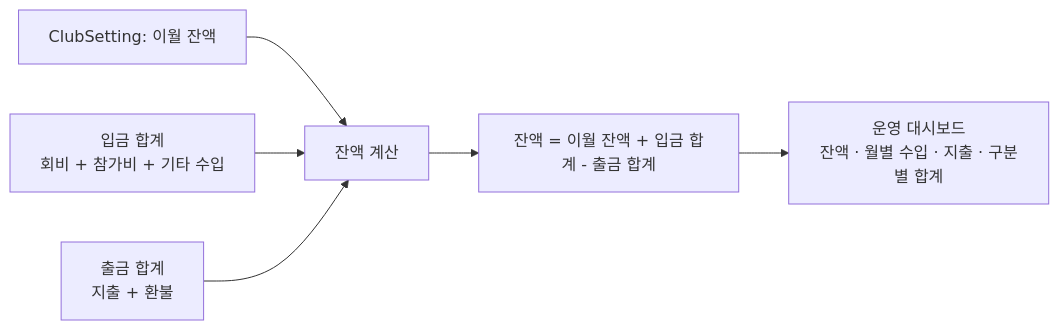
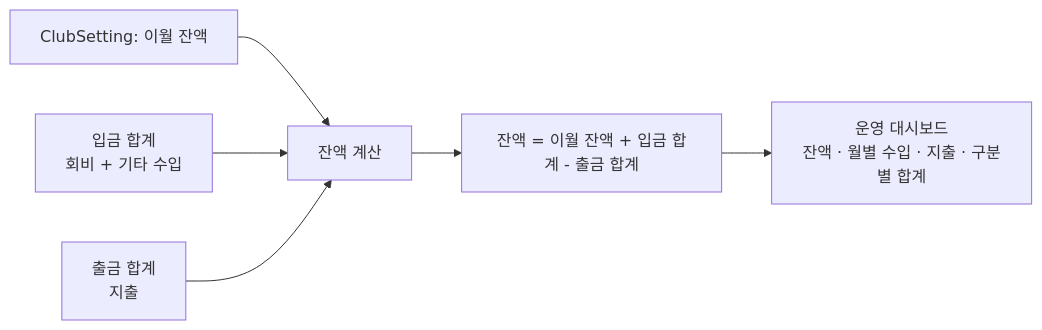
The tenth of 14 diagrams in 동작 흐름.md (keepmind7/AI_Club_Web), drawn with Mermaid before and after one commit. The commit also changed other lines of this file and 33 other files, not shown here.

````diff
--- a/동작 흐름.md
+++ b/동작 흐름.md
@@ -188,8 +170,8 @@
 ```mermaid
 flowchart LR
     A["ClubSetting: 이월 잔액"] --> S["잔액 계산"]
-    B["입금 합계<br/>회비 + 참가비 + 기타 수입"] --> S
-    C["출금 합계<br/>지출 + 환불"] --> S
+    B["입금 합계<br/>회비 + 기타 수입"] --> S
+    C["출금 합계<br/>지출"] --> S
     S --> R["잔액 = 이월 잔액 + 입금 합계 - 출금 합계"]
     R --> G["운영 대시보드<br/>잔액 · 월별 수입 · 지출 · 구분별 합계"]
 ```
````
